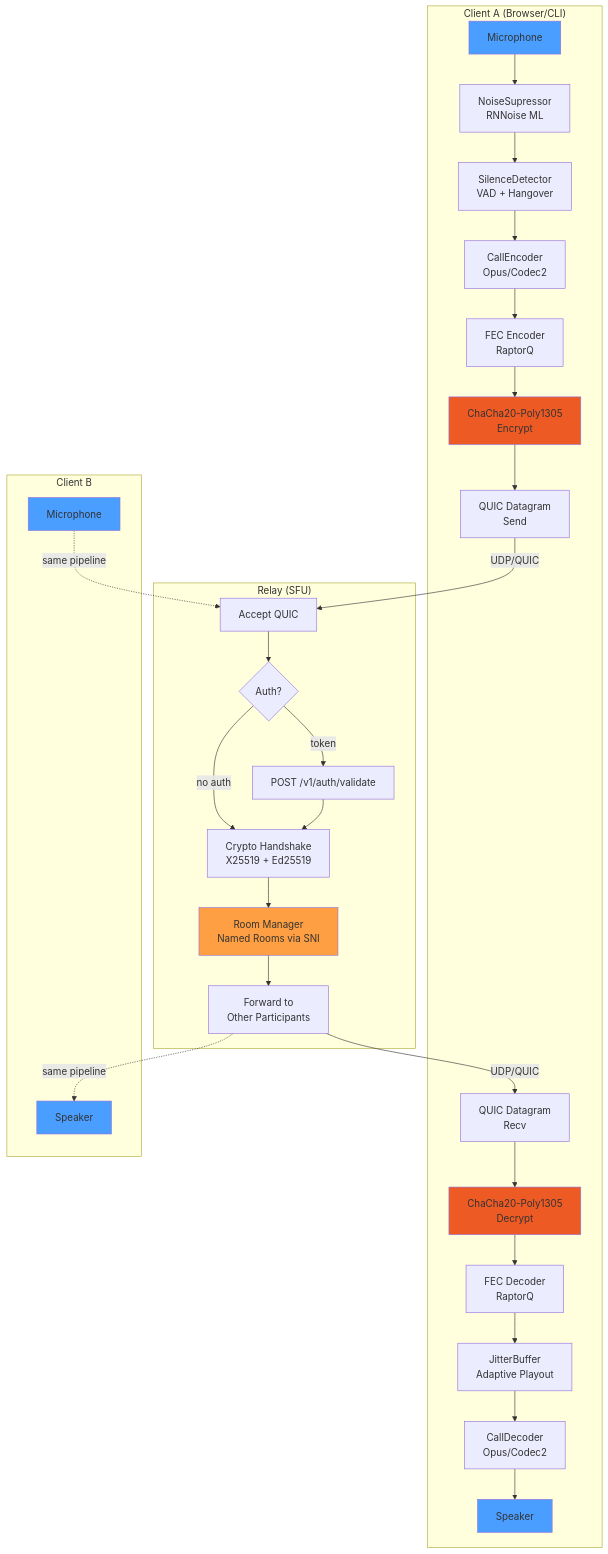
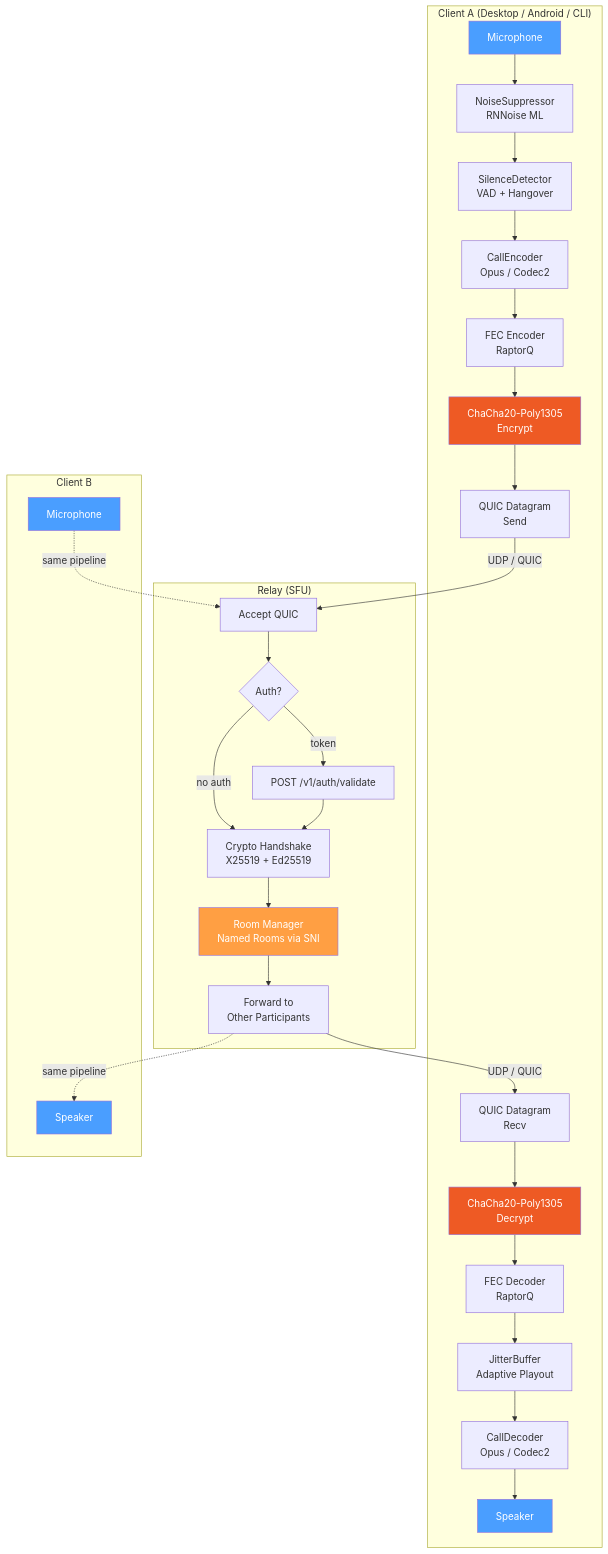
Before and after one commit to manawenuz/wzp: the first of 19 diagrams in docs/ARCHITECTURE.md, drawn with Mermaid. The commit also changed other lines of this file and 3 other files, not shown here.

First line of the commit message:
docs: comprehensive documentation — design, architecture, admin, user guide

````diff
--- a/docs/ARCHITECTURE.md
+++ b/docs/ARCHITECTURE.md
@@ -7,44 +7,44 @@
 ```mermaid
 graph TB
-    subgraph "Client A (Browser/CLI)"
-        MIC[Microphone] --> DN[NoiseSupressor<br/>RNNoise ML]
+    subgraph "Client A (Desktop / Android / CLI)"
+        MIC[Microphone] --> DN[NoiseSuppressor<br/>RNNoise ML]
         DN --> SD[SilenceDetector<br/>VAD + Hangover]
-        SD --> ENC[CallEncoder<br/>Opus/Codec2]
+        SD --> ENC[CallEncoder<br/>Opus / Codec2]
         ENC --> FEC_E[FEC Encoder<br/>RaptorQ]
         FEC_E --> CRYPT_E[ChaCha20-Poly1305<br/>Encrypt]
         CRYPT_E --> QUIC_S[QUIC Datagram<br/>Send]
 
         QUIC_R[QUIC Datagram<br/>Recv] --> CRYPT_D[ChaCha20-Poly1305<br/>Decrypt]
         CRYPT_D --> FEC_D[FEC Decoder<br/>RaptorQ]
         FEC_D --> JIT[JitterBuffer<br/>Adaptive Playout]
-        JIT --> DEC[CallDecoder<br/>Opus/Codec2]
+        JIT --> DEC[CallDecoder<br/>Opus / Codec2]
         DEC --> SPK[Speaker]
     end
 
     subgraph "Relay (SFU)"
         ACCEPT[Accept QUIC] --> AUTH{Auth?}
         AUTH -->|token| VALIDATE[POST /v1/auth/validate]
         AUTH -->|no auth| HS
         VALIDATE --> HS[Crypto Handshake<br/>X25519 + Ed25519]
         HS --> ROOM[Room Manager<br/>Named Rooms via SNI]
         ROOM --> FWD[Forward to<br/>Other Participants]
     end
 
     subgraph "Client B"
         B_SPK[Speaker]
         B_MIC[Microphone]
     end
 
-    QUIC_S -->|UDP/QUIC| ACCEPT
-    FWD -->|UDP/QUIC| QUIC_R
+    QUIC_S -->|UDP / QUIC| ACCEPT
+    FWD -->|UDP / QUIC| QUIC_R
     B_MIC -.->|same pipeline| ACCEPT
     FWD -.->|same pipeline| B_SPK
 
-    style MIC fill:#4a9eff
-    style SPK fill:#4a9eff
-    style B_MIC fill:#4a9eff
-    style B_SPK fill:#4a9eff
-    style ROOM fill:#ff9f43
-    style CRYPT_E fill:#ee5a24
-    style CRYPT_D fill:#ee5a24
+    style MIC fill:#4a9eff,color:#fff
+    style SPK fill:#4a9eff,color:#fff
+    style B_MIC fill:#4a9eff,color:#fff
+    style B_SPK fill:#4a9eff,color:#fff
+    style ROOM fill:#ff9f43,color:#fff
+    style CRYPT_E fill:#ee5a24,color:#fff
+    style CRYPT_D fill:#ee5a24,color:#fff
 ```
````
